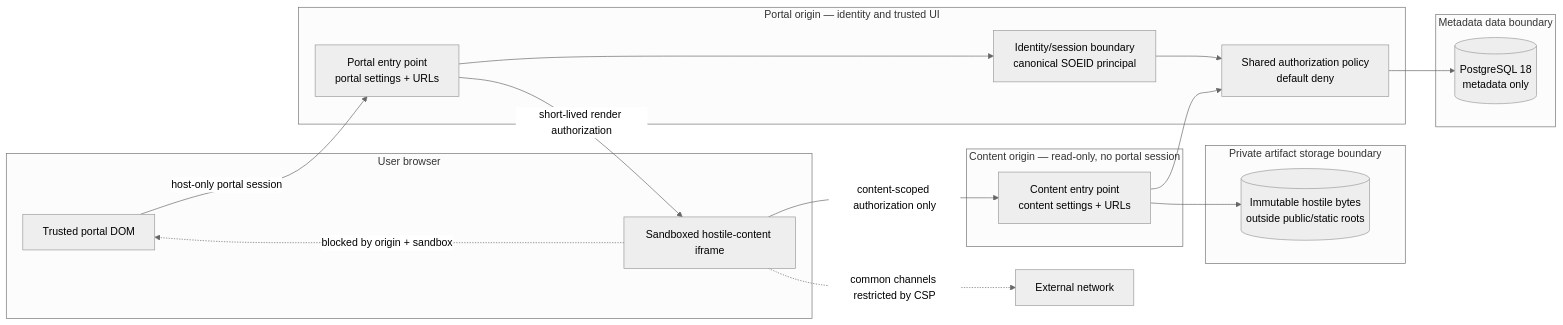
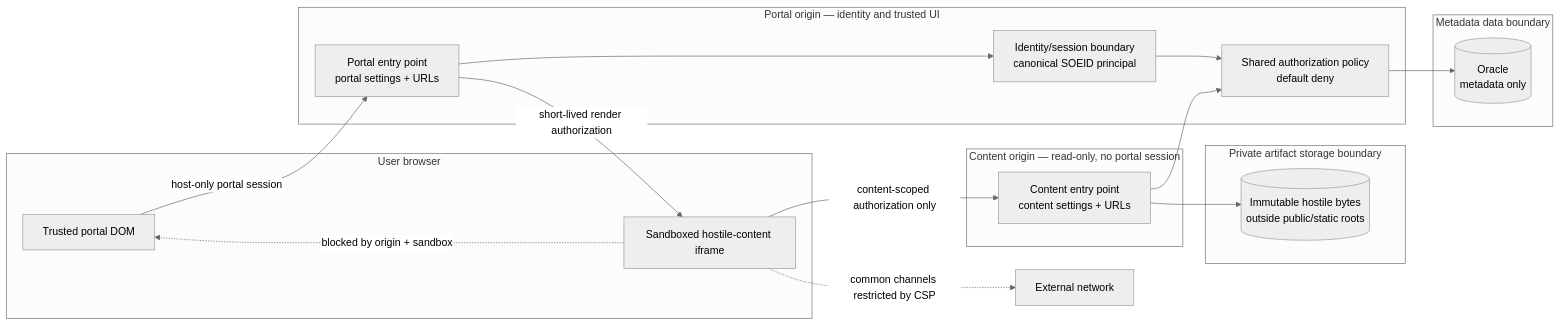
The diagram in docs/architecture.md (lukegob10/prj-app-02), drawn with Mermaid (neutral theme) before and after one commit. The commit also changed other lines of this file and 72 other files, not shown here.

````diff
--- a/docs/architecture.md
+++ b/docs/architecture.md
@@ -10,36 +10,36 @@
 ```mermaid
 flowchart LR
   subgraph Browser[User browser]
     PDOM[Trusted portal DOM]
     IFRAME[Sandboxed hostile-content iframe]
   end
 
   subgraph PortalBoundary[Portal origin — identity and trusted UI]
     PORTAL[Portal entry point\nportal settings + URLs]
     IDENTITY[Identity/session boundary\ncanonical SOEID principal]
     POLICY[Shared authorization policy\ndefault deny]
   end
 
   subgraph DataBoundary[Metadata data boundary]
-    DB[(PostgreSQL 18\nmetadata only)]
+    DB[(Oracle\nmetadata only)]
   end
 
   subgraph ContentBoundary[Content origin — read-only, no portal session]
     CONTENT[Content entry point\ncontent settings + URLs]
   end
 
   subgraph StorageBoundary[Private artifact storage boundary]
     STORAGE[(Immutable hostile bytes\noutside public/static roots)]
   end
 
   PDOM -->|host-only portal session| PORTAL
   PORTAL --> IDENTITY
   IDENTITY --> POLICY
   POLICY --> DB
   PORTAL -->|short-lived render authorization| IFRAME
   IFRAME -->|content-scoped authorization only| CONTENT
   CONTENT --> POLICY
   CONTENT --> STORAGE
   IFRAME -. blocked by origin + sandbox .-> PDOM
   IFRAME -. common channels restricted by CSP .-> INTERNET[External network]
 ```
````
